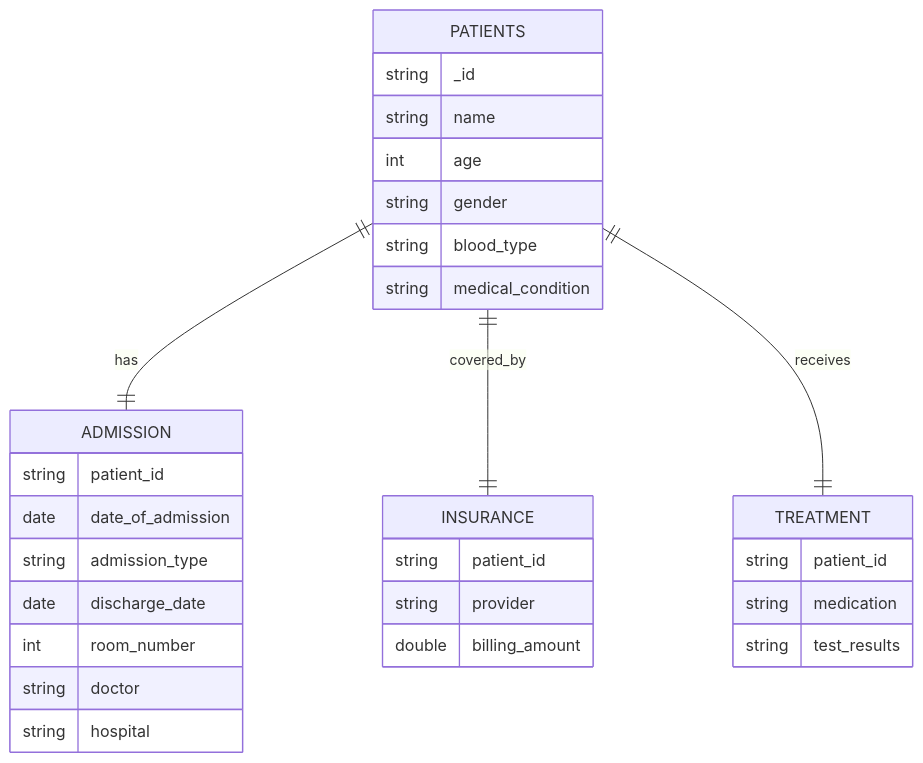
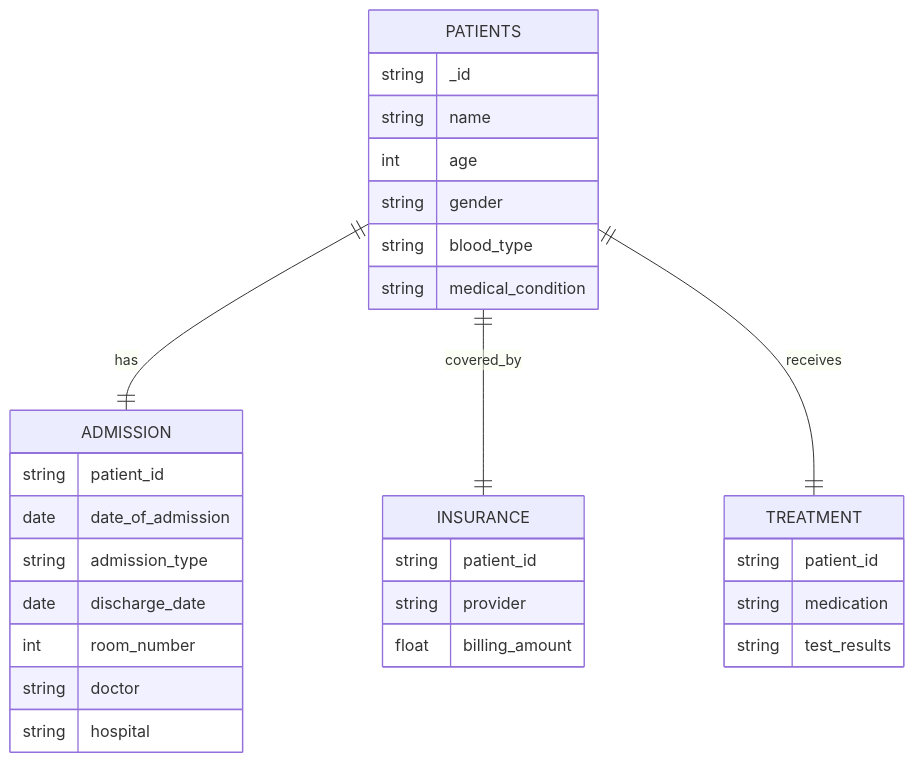
The diagram in README.md (Ping689/healthcare), drawn with Mermaid before and after one commit. The commit also changed other lines of this file, not shown here.

````diff
--- a/README.md
+++ b/README.md
@@ -79,38 +79,38 @@
 ```mermaid
 erDiagram
     PATIENTS {
         string _id
         string name
         int age
         string gender
         string blood_type
         string medical_condition
     }
 
     ADMISSION {
         string patient_id
         date date_of_admission
         string admission_type
         date discharge_date
         int room_number
         string doctor
         string hospital
     }
 
     INSURANCE {
         string patient_id
         string provider
-        double billing_amount
+        float billing_amount
     }
 
     TREATMENT {
         string patient_id
         string medication
         string test_results
     }
 
     PATIENTS ||--|| ADMISSION : has
     PATIENTS ||--|| INSURANCE : covered_by
     PATIENTS ||--|| TREATMENT : receives
 
 ```
````
